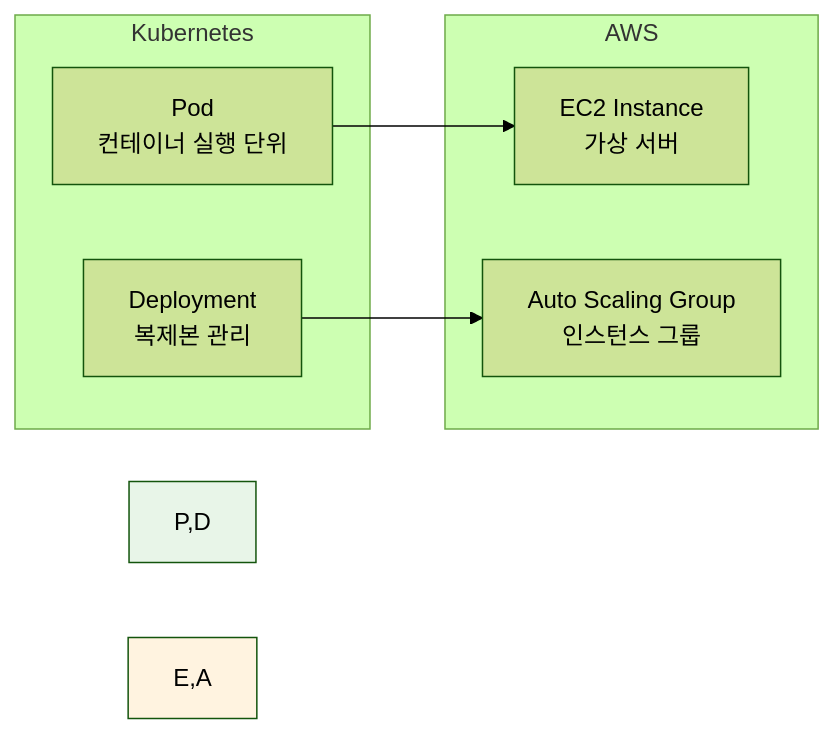
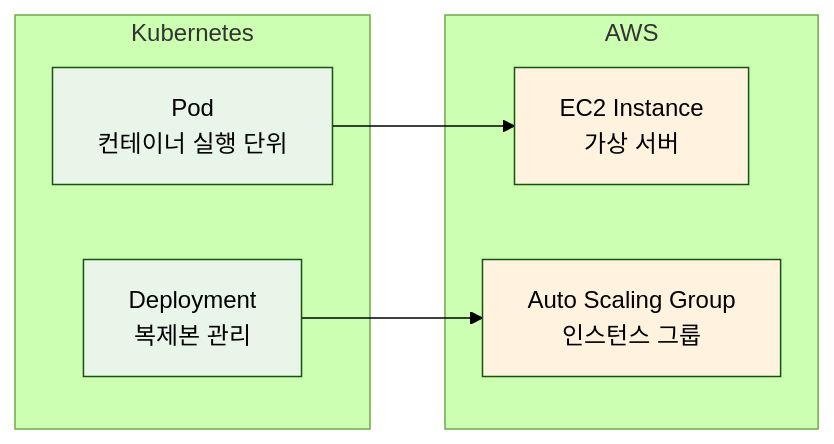
One commit to niceguy61/kdt_devops_lecture_2025 changed the eighth of 11 diagrams in theory/week_04/day5/session_3.md. Above: the diagram before and after it, drawn with Mermaid (forest theme). The commit also changed other lines of this file and 2 other files, not shown here.

Commit message:
mermaid style 변경

````diff
--- a/theory/week_04/day5/session_3.md
+++ b/theory/week_04/day5/session_3.md
@@ -341,18 +353,20 @@
 ```mermaid
 graph LR
     subgraph "Kubernetes"
         P[Pod<br/>컨테이너 실행 단위]
         D[Deployment<br/>복제본 관리]
     end
     
     subgraph "AWS"
         E[EC2 Instance<br/>가상 서버]
         A[Auto Scaling Group<br/>인스턴스 그룹]
     end
     
     P --> E
     D --> A
     
-    style P,D fill:#e8f5e8
-    style E,A fill:#fff3e0
+    style P fill:#e8f5e8
+    style D fill:#e8f5e8
+    style E fill:#fff3e0
+    style A fill:#fff3e0
 ```
````
